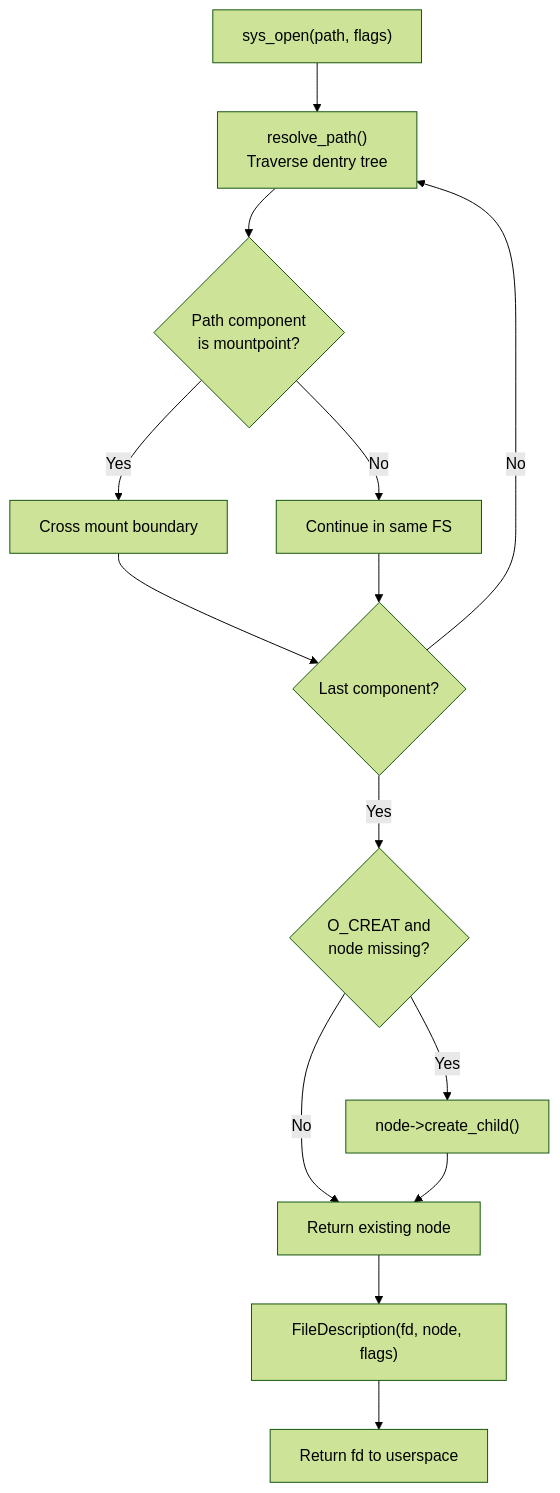
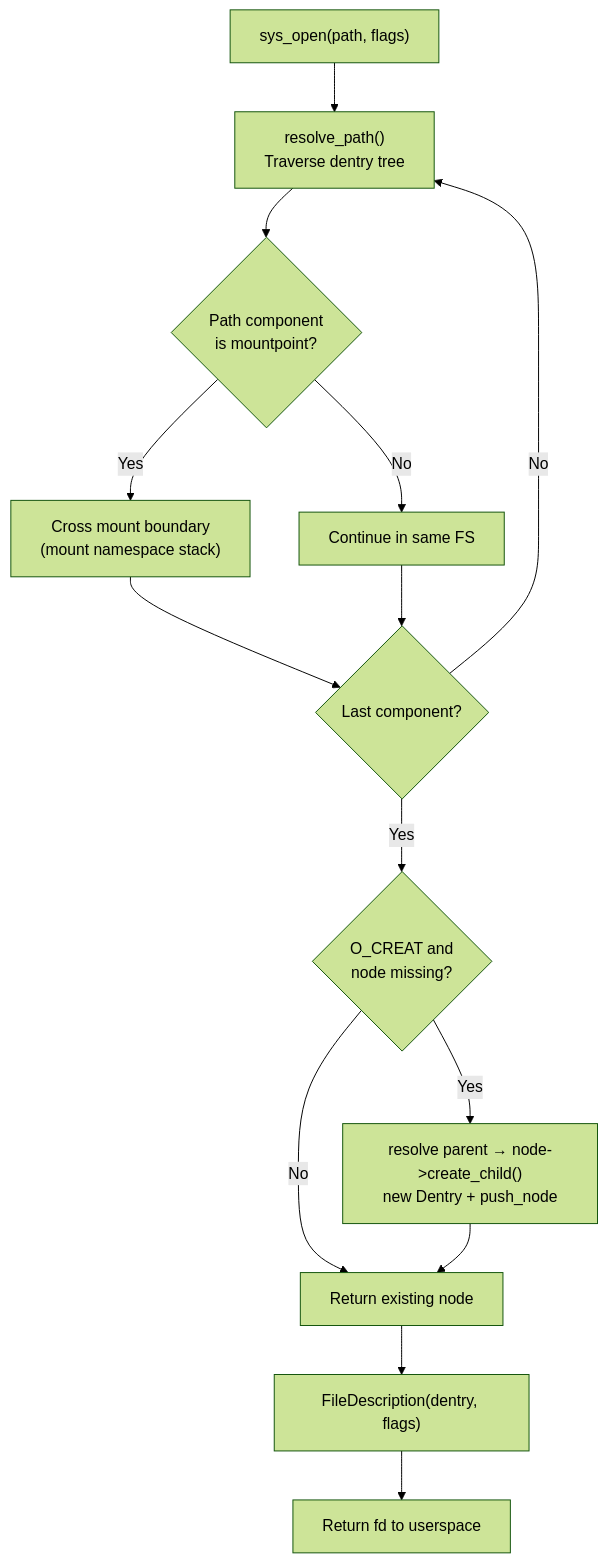
The second of 2 diagrams in Docs/Kernel/VFS/README.md (KitsuneBSD/FKernel), drawn with Mermaid (forest theme) before and after one commit. The commit also changed other lines of this file and 15 other files, not shown here.

Commit message:
docs: update TODO.md and architecture documentation for session 12

````diff
--- a/Docs/Kernel/VFS/README.md
+++ b/Docs/Kernel/VFS/README.md
@@ -11,16 +27,16 @@
 ```mermaid
 flowchart TD
     A["sys_open(path, flags)"] --> B["resolve_path()<br/>Traverse dentry tree"]
     B --> C{"Path component<br/>is mountpoint?"}
-    C -->|Yes| D["Cross mount boundary"]
+    C -->|Yes| D["Cross mount boundary<br/>(mount namespace stack)"]
     C -->|No| E["Continue in same FS"]
     D --> F{"Last component?"}
     E --> F
     F -->|No| B
     F -->|Yes| G{"O_CREAT and<br/>node missing?"}
-    G -->|Yes| H["node->create_child()"]
+    G -->|Yes| H["resolve parent → node->create_child()<br/>new Dentry + push_node"]
     G -->|No| I["Return existing node"]
     H --> I
-    I --> J["FileDescription(fd, node, flags)"]
+    I --> J["FileDescription(dentry, flags)"]
     J --> K["Return fd to userspace"]
 ```
````
